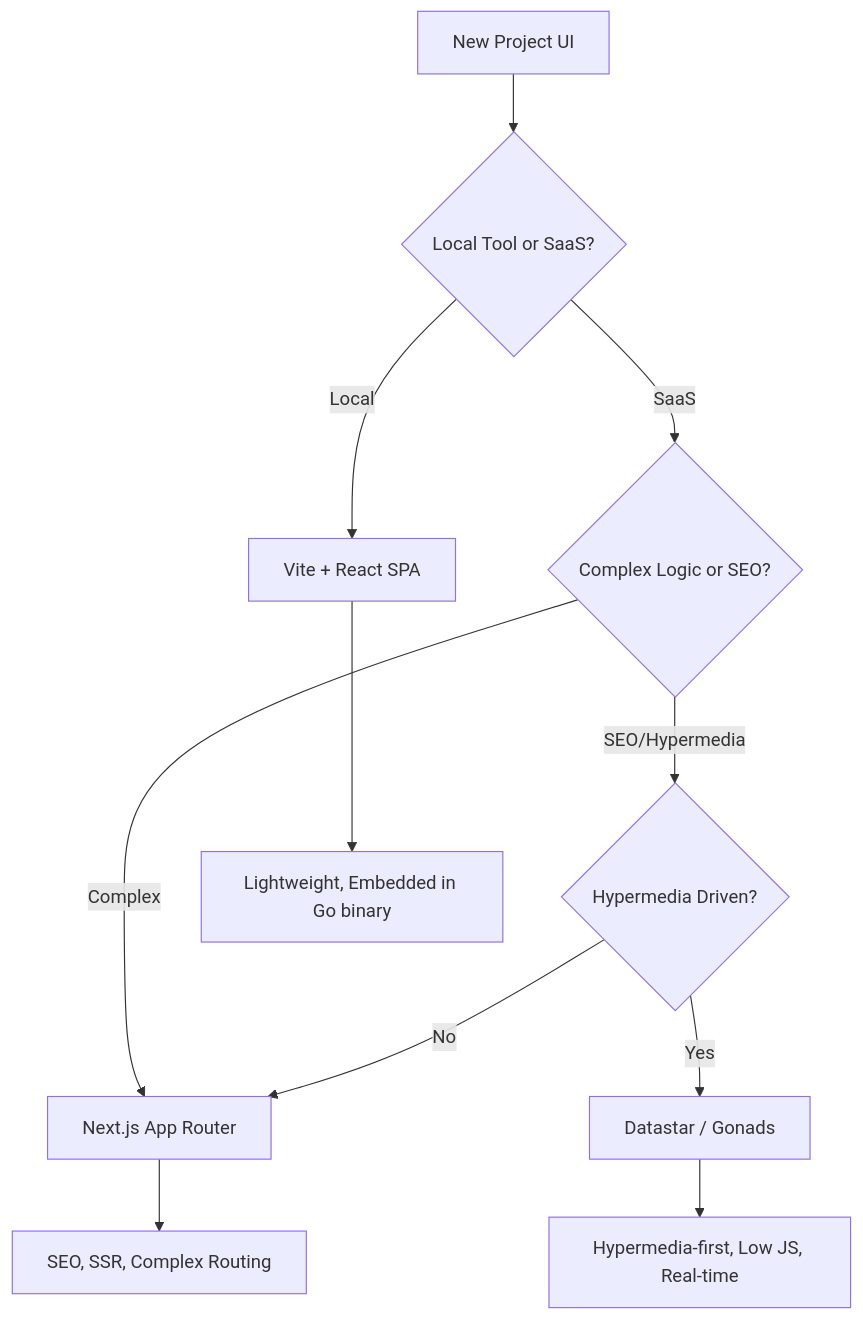
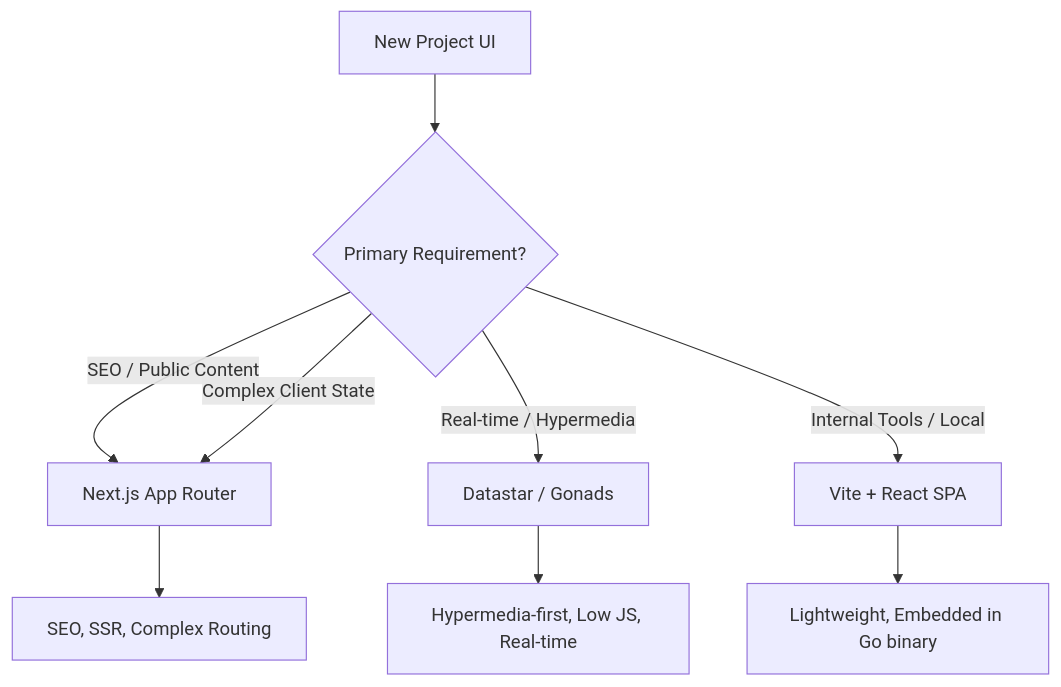
Before and after one commit to GeoffMillerAZ/kit--new: the first of 2 diagrams in STACK.md, drawn with Mermaid. The commit also changed other lines of this file and 3 other files, not shown here.

Commit message:
docs: add initial architecture pass, selection form, and hybrid guidance

````diff
--- a/STACK.md
+++ b/STACK.md
@@ -23,14 +23,12 @@
 ```mermaid
 graph TD
-    Start[New Project UI] --> Q1{Local Tool or SaaS?}
-    Q1 -- Local --> Vite[Vite + React SPA]
-    Q1 -- SaaS --> Q2{Complex Logic or SEO?}
-    Q2 -- Complex --> Next[Next.js App Router]
-    Q2 -- SEO/Hypermedia --> Q3{Hypermedia Driven?}
-    Q3 -- Yes --> Datastar[Datastar / Gonads]
-    Q3 -- No --> Next
+    Start[New Project UI] --> Q1{Primary Requirement?}
+    Q1 -- "SEO / Public Content" --> Next[Next.js App Router]
+    Q1 -- "Complex Client State" --> Next
+    Q1 -- "Real-time / Hypermedia" --> Datastar[Datastar / Gonads]
+    Q1 -- "Internal Tools / Local" --> Vite[Vite + React SPA]
     
-    Vite --> ViteNote[Lightweight, Embedded in Go binary]
     Next --> NextNote[SEO, SSR, Complex Routing]
     Datastar --> DSNote[Hypermedia-first, Low JS, Real-time]
+    Vite --> ViteNote[Lightweight, Embedded in Go binary]
 ```
````
